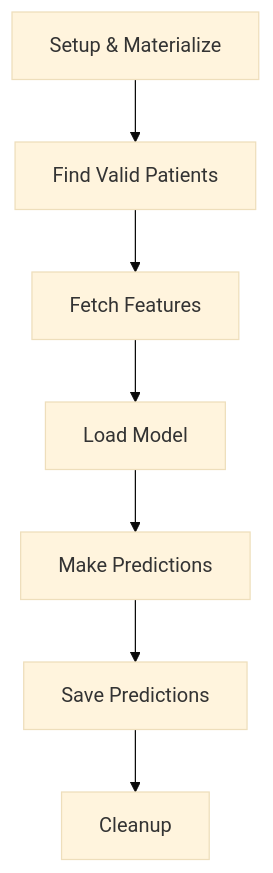
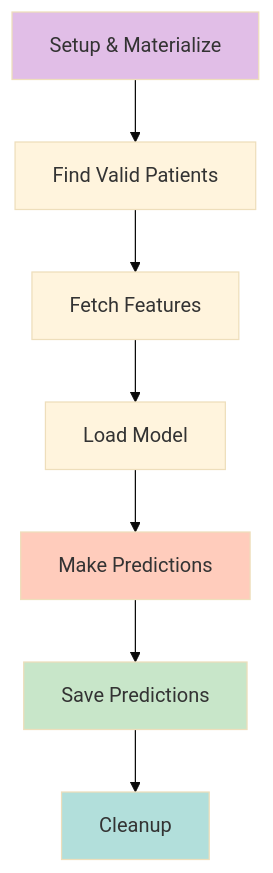
One commit to velosoberti/MLOps changed the fifth of 5 diagrams in README.md. Above: the diagram before and after it, drawn with Mermaid (base theme). The commit also changed other lines of this file, not shown here.

````diff
--- a/README.md
+++ b/README.md
@@ -273,9 +301,14 @@
 ```mermaid
 graph TB
     A[Setup & Materialize] --> B[Find Valid Patients]
     B --> C[Fetch Features]
     C --> D[Load Model]
     D --> E[Make Predictions]
     E --> F[Save Predictions]
     F --> G[Cleanup]
+    
+    style A fill:#e1bee7
+    style E fill:#ffccbc
+    style F fill:#c8e6c9
+    style G fill:#b2dfdb
 ```
````
